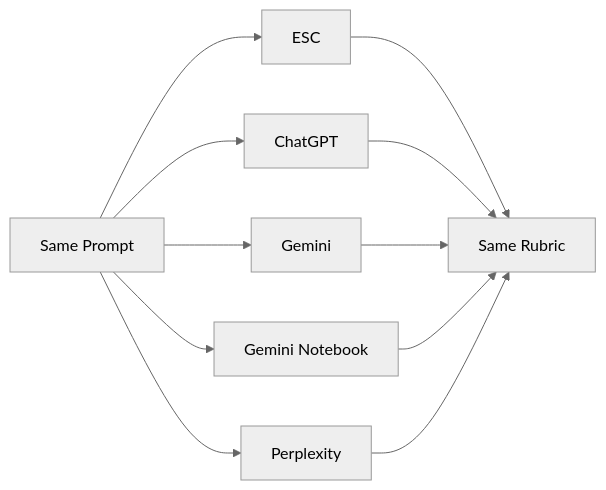
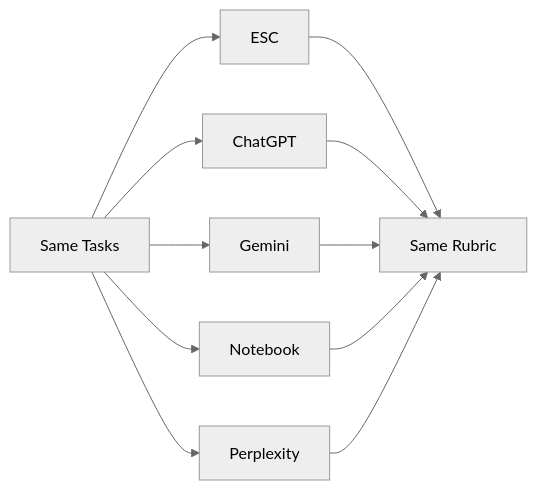
The ninth of 12 diagrams in README.md (mahik2007/hackathon), drawn with Mermaid (neutral theme) before and after one commit. The commit also changed other lines of this file, not shown here.

````diff
--- a/README.md
+++ b/README.md
@@ -146,13 +146,13 @@
 ```mermaid
 flowchart LR
-    Q[Same Prompt] --> E[ESC]
-    Q --> C[ChatGPT]
-    Q --> G[Gemini]
-    Q --> N[Gemini Notebook]
-    Q --> P[Perplexity]
-    E --> R[Same Rubric]
-    C --> R
-    G --> R
-    N --> R
-    P --> R
+Q[Same Tasks] --> E[ESC]
+Q --> C[ChatGPT]
+Q --> G[Gemini]
+Q --> N[Notebook]
+Q --> P[Perplexity]
+E --> R[Same Rubric]
+C --> R
+G --> R
+N --> R
+P --> R
 ```
````
